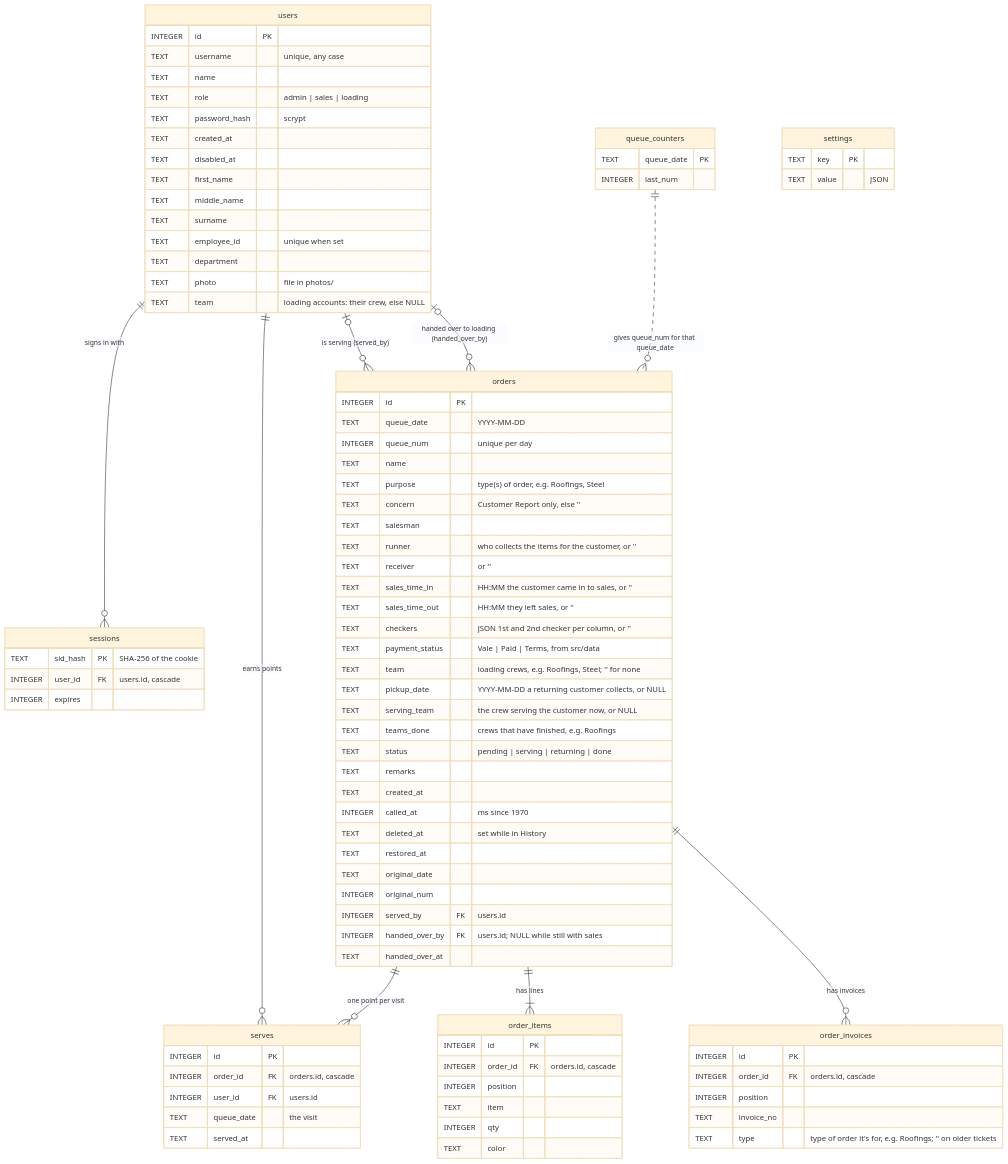
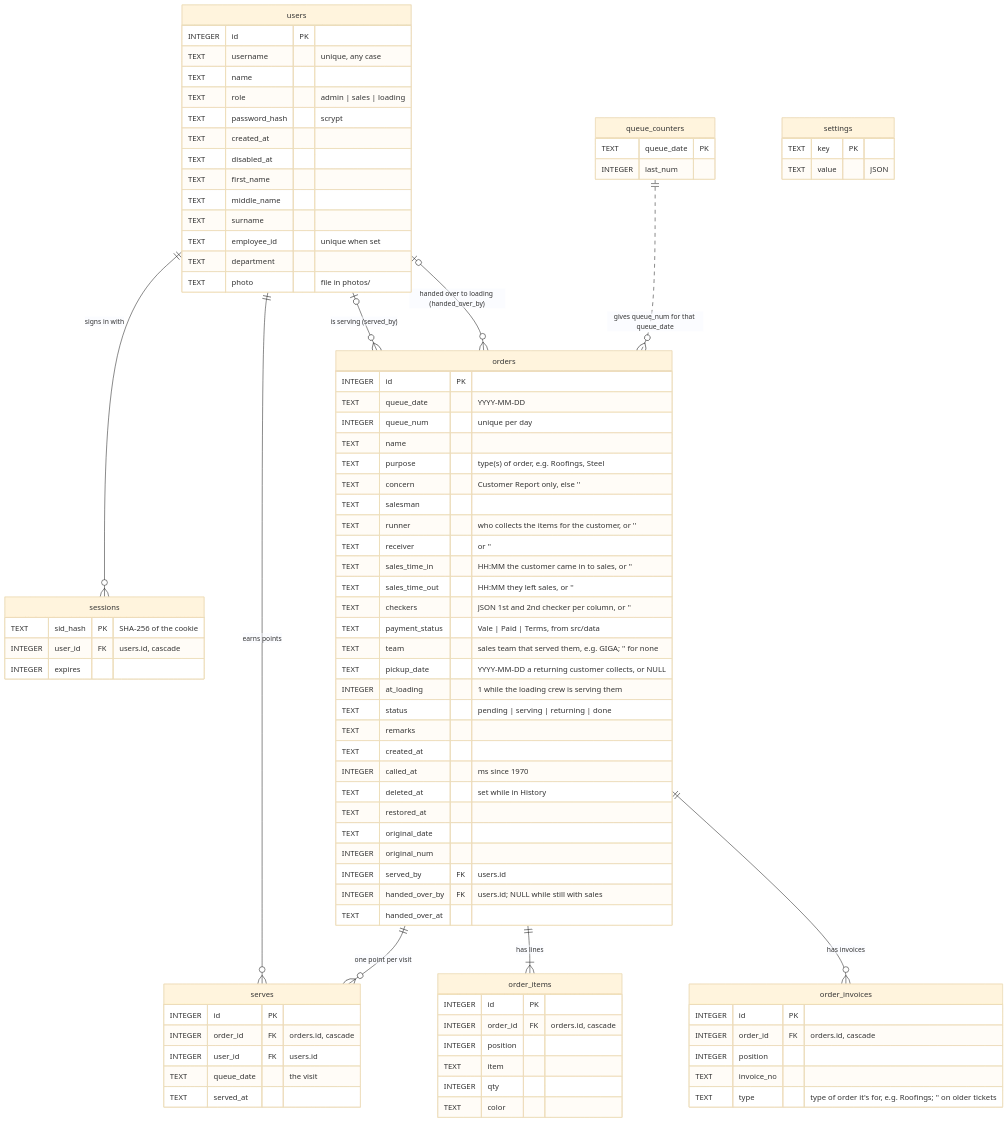
Before and after one commit to gabrielgutz18/Sheehan-QMS: the second of 2 diagrams in DATABASE.md, drawn with Mermaid (base theme). The commit also changed other lines of this file and 50 other files, not shown here.

First line of the commit message:
Added: Order status board, shared loading line and customer orders export

```diff
--- a/DATABASE.md
+++ b/DATABASE.md
@@ -234,10 +235,9 @@
         TEXT sales_time_out "HH:MM they left sales, or ''"
         TEXT checkers "JSON 1st and 2nd checker per column, or ''"
         TEXT payment_status "Vale | Paid | Terms, from src/data"
-        TEXT team "loading crews, e.g. Roofings, Steel; '' for none"
+        TEXT team "sales team that served them, e.g. GIGA; '' for none"
         TEXT pickup_date "YYYY-MM-DD a returning customer collects, or NULL"
-        TEXT serving_team "the crew serving the customer now, or NULL"
-        TEXT teams_done "crews that have finished, e.g. Roofings"
+        INTEGER at_loading "1 while the loading crew is serving them"
         TEXT status "pending | serving | returning | done"
         TEXT remarks
         TEXT created_at
@@ -283,7 +283,6 @@
         TEXT employee_id "unique when set"
         TEXT department
         TEXT photo "file in photos/"
-        TEXT team "loading accounts: their crew, else NULL"
     }
     sessions {
         TEXT sid_hash PK "SHA-256 of the cookie"
```
